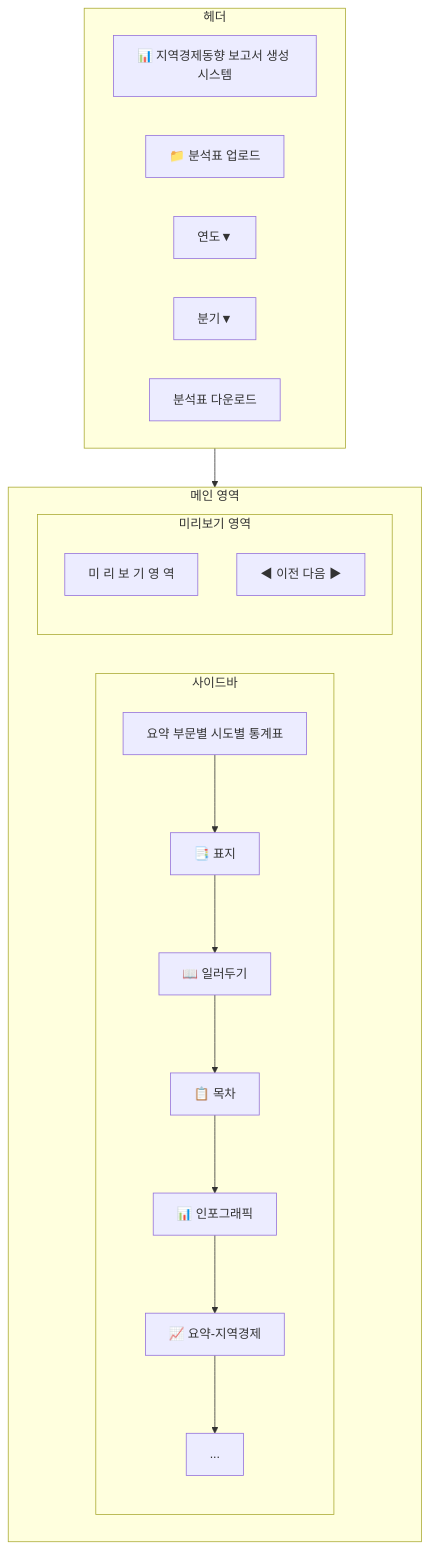
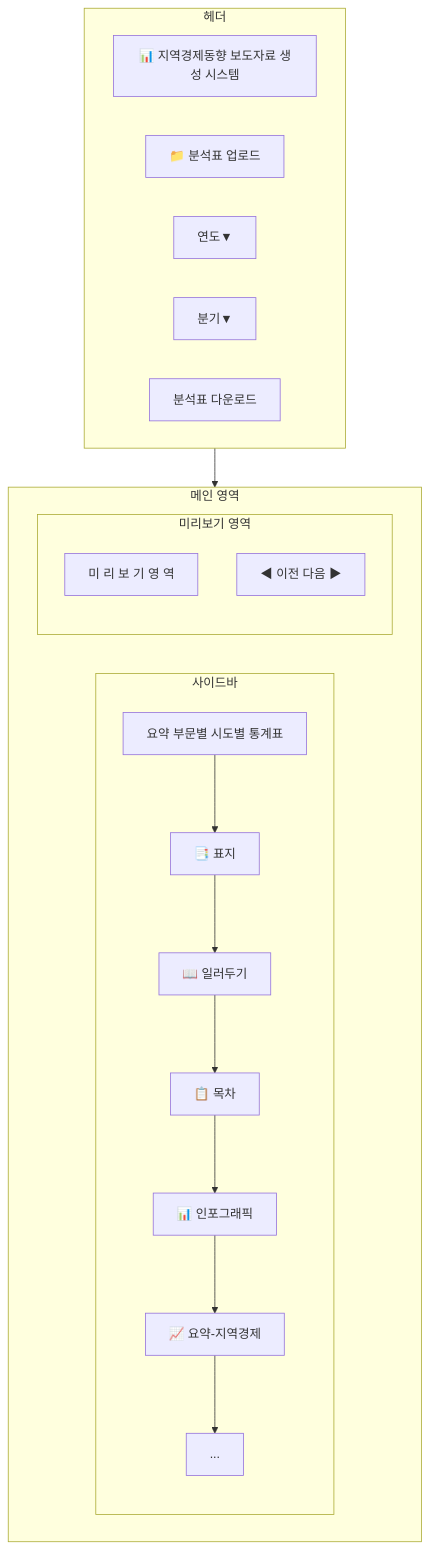
One commit to rattopos/capstone changed the second of 2 diagrams in docs/PROJECT_PROGRESS.md. Above: the diagram before and after it, drawn with Mermaid. The commit also changed other lines of this file and 89 other files, not shown here.

````diff
--- a/docs/PROJECT_PROGRESS.md
+++ b/docs/PROJECT_PROGRESS.md
@@ -355,35 +355,35 @@
 ```mermaid
 graph TB
     subgraph Header[헤더]
-        H1[📊 지역경제동향 보고서 생성 시스템]
+        H1[📊 지역경제동향 보도자료 생성 시스템]
         H2[📁 분석표 업로드]
         H3[연도▼]
         H4[분기▼]
         H5[분석표 다운로드]
     end
     
     subgraph Main[메인 영역]
         subgraph Sidebar[사이드바]
             Tabs[요약 부문별 시도별 통계표]
             List1[📑 표지]
             List2[📖 일러두기]
             List3[📋 목차]
             List4[📊 인포그래픽]
             List5[📈 요약-지역경제]
             List6[...]
         end
         
         subgraph Preview[미리보기 영역]
             PreviewArea[미 리 보 기 영 역]
             Nav[◀ 이전 다음 ▶]
         end
     end
     
     Header --> Main
     Tabs --> List1
     List1 --> List2
     List2 --> List3
     List3 --> List4
     List4 --> List5
     List5 --> List6
 ```
````
